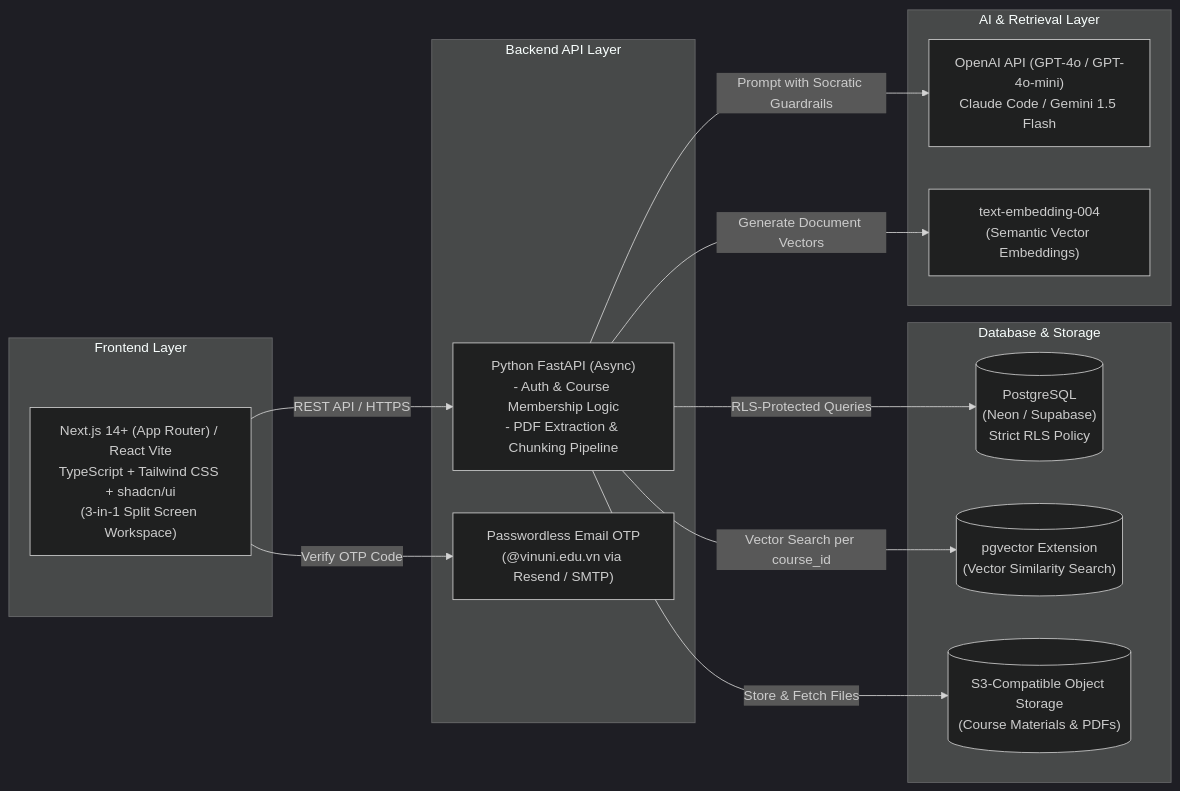
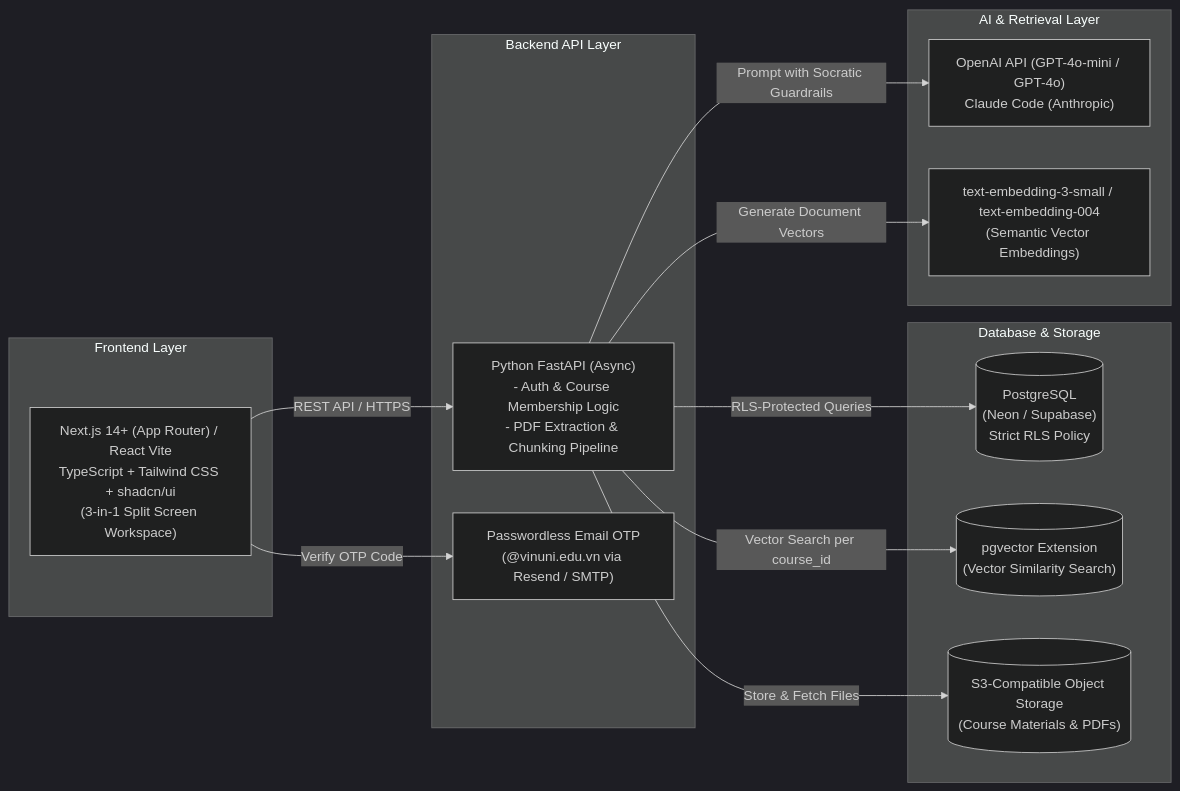
Before and after one commit to ngatt-17/Learning_Teaching: the third of 3 diagrams in docs/research/day-01/TEAM_SYNTHESIS.md, drawn with Mermaid (dark theme). The commit also changed other lines of this file and 1 other file, not shown here.

````diff
--- a/docs/research/day-01/TEAM_SYNTHESIS.md
+++ b/docs/research/day-01/TEAM_SYNTHESIS.md
@@ -212,30 +212,30 @@
 ```mermaid
 flowchart LR
     subgraph Client ["Frontend Layer"]
         FE["Next.js 14+ (App Router) / React Vite\nTypeScript + Tailwind CSS + shadcn/ui\n(3-in-1 Split Screen Workspace)"]
     end
 
     subgraph Gateway ["Backend API Layer"]
         API["Python FastAPI (Async)\n- Auth & Course Membership Logic\n- PDF Extraction & Chunking Pipeline"]
         AUTH["Passwordless Email OTP\n(@vinuni.edu.vn via Resend / SMTP)"]
     end
 
     subgraph DataStore ["Database & Storage"]
         DB[("PostgreSQL\n(Neon / Supabase)\nStrict RLS Policy")]
         VEC[("pgvector Extension\n(Vector Similarity Search)")]
         OBJ[("S3-Compatible Object Storage\n(Course Materials & PDFs)")]
     end
 
     subgraph AIEngine ["AI & Retrieval Layer"]
-        LLM["OpenAI API (GPT-4o / GPT-4o-mini)\nClaude Code / Gemini 1.5 Flash"]
-        EMBED["text-embedding-004\n(Semantic Vector Embeddings)"]
+        LLM["OpenAI API (GPT-4o-mini / GPT-4o)\nClaude Code (Anthropic)"]
+        EMBED["text-embedding-3-small / text-embedding-004\n(Semantic Vector Embeddings)"]
     end
 
     FE -->|REST API / HTTPS| API
     FE -->|Verify OTP Code| AUTH
     API -->|RLS-Protected Queries| DB
     API -->|Store & Fetch Files| OBJ
     API -->|Vector Search per course_id| VEC
     API -->|Prompt with Socratic Guardrails| LLM
     API -->|Generate Document Vectors| EMBED
 ```
````
